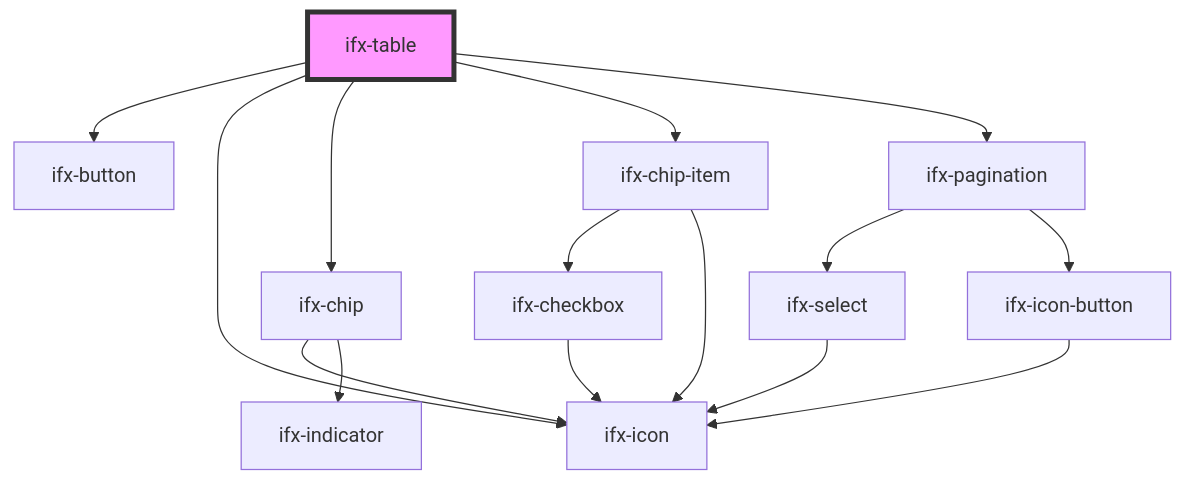
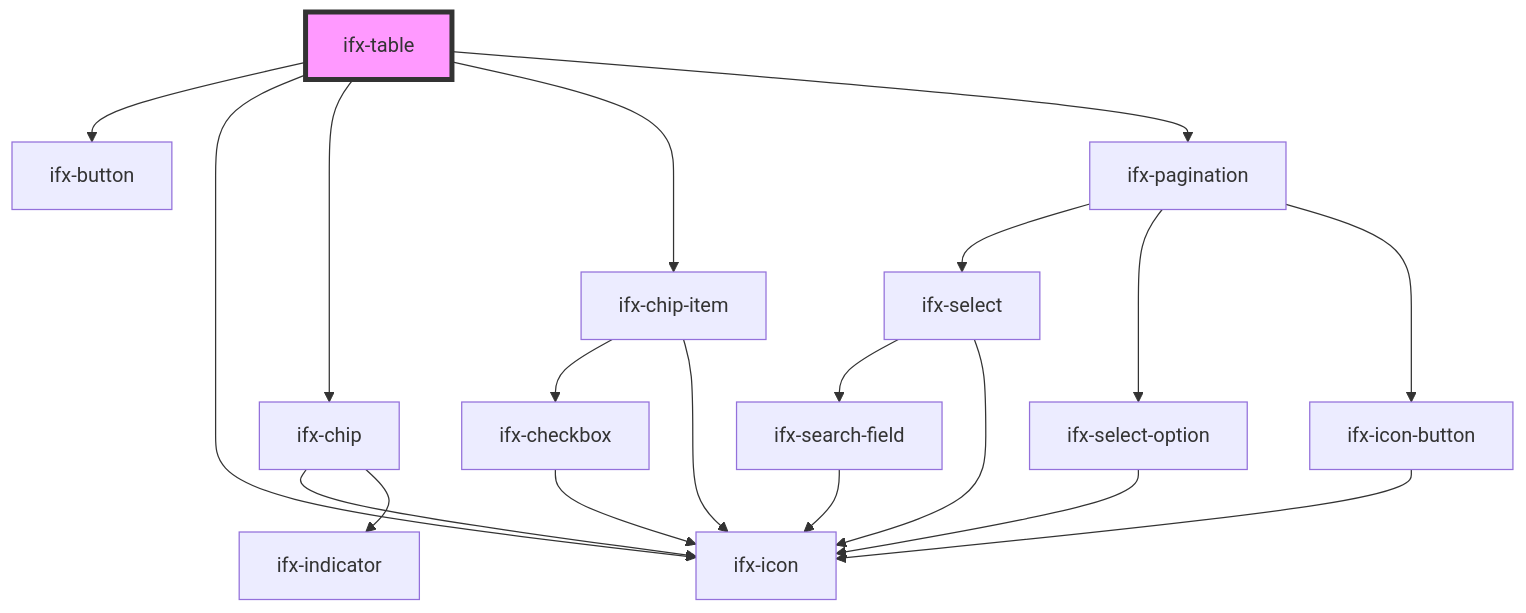
The diagram in packages/components/src/components/table-advanced-version/readme.md (Infineon/infineon-design-system-stencil), drawn with Mermaid before and after one commit. The commit also changed 39 other files, not shown here.

````diff
--- a/packages/components/src/components/table-advanced-version/readme.md
+++ b/packages/components/src/components/table-advanced-version/readme.md
@@ -65,18 +65,22 @@
 ```mermaid
 graph TD;
   ifx-table --> ifx-button
   ifx-table --> ifx-icon
   ifx-table --> ifx-chip
   ifx-table --> ifx-chip-item
   ifx-table --> ifx-pagination
   ifx-chip --> ifx-icon
   ifx-chip --> ifx-indicator
   ifx-chip-item --> ifx-checkbox
   ifx-chip-item --> ifx-icon
   ifx-checkbox --> ifx-icon
   ifx-pagination --> ifx-select
+  ifx-pagination --> ifx-select-option
   ifx-pagination --> ifx-icon-button
+  ifx-select --> ifx-search-field
   ifx-select --> ifx-icon
+  ifx-search-field --> ifx-icon
+  ifx-select-option --> ifx-icon
   ifx-icon-button --> ifx-icon
   style ifx-table fill:#f9f,stroke:#333,stroke-width:4px
 ```
````
